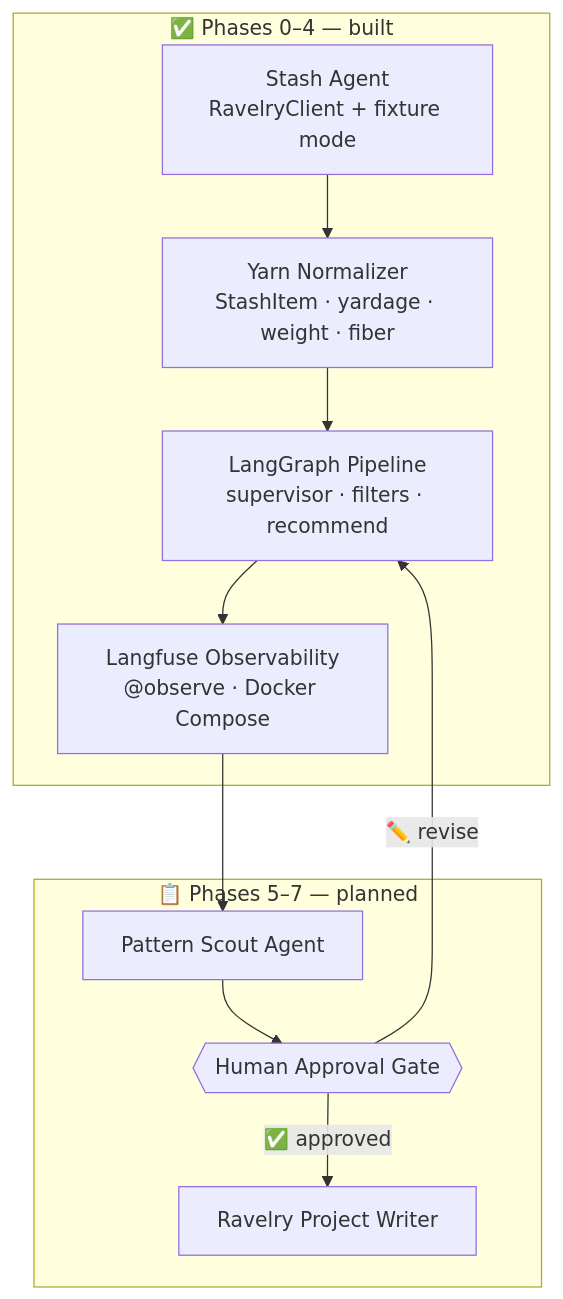
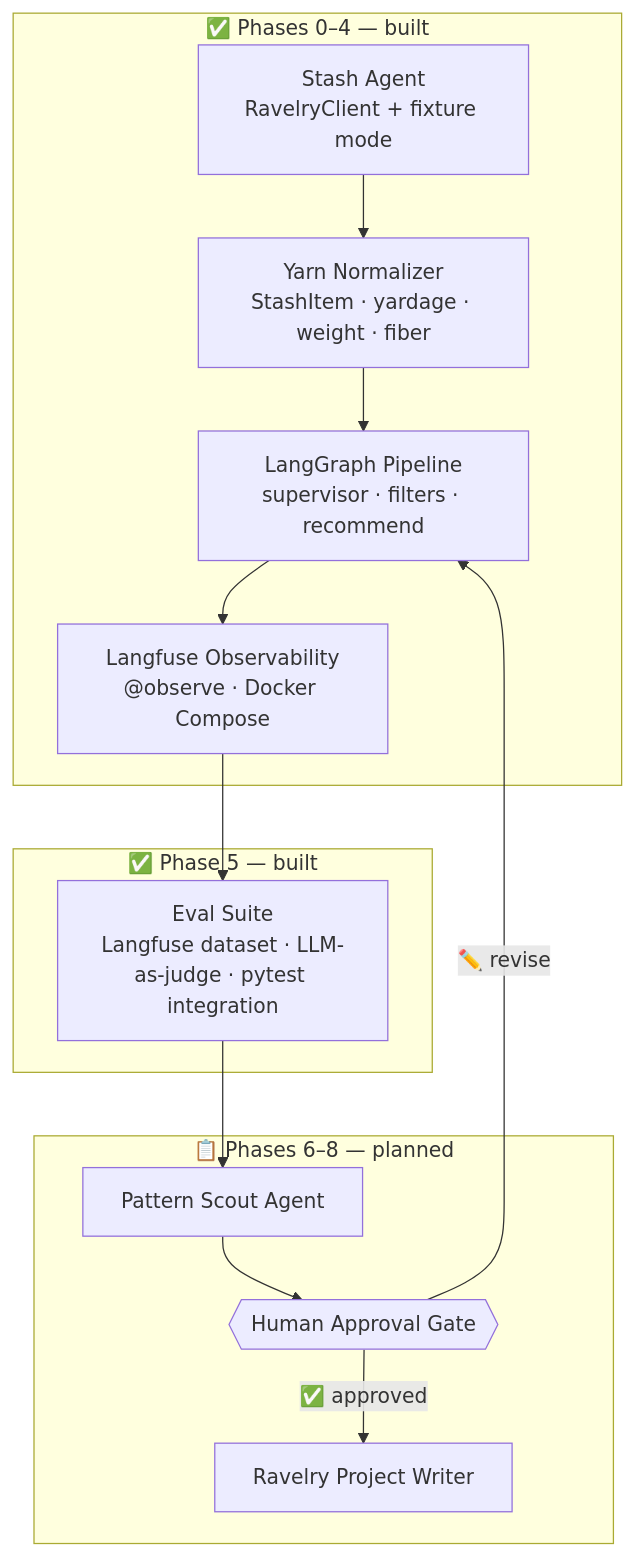
Before and after one commit to ReneeErnst/skein-minder: the second of 2 diagrams in README.md, drawn with Mermaid. The commit also changed other lines of this file and 1 other file, not shown here.

````diff
--- a/README.md
+++ b/README.md
@@ -39,19 +39,23 @@
 ```mermaid
 flowchart TD
     subgraph built ["✅ Phases 0–4 — built"]
         Stash["Stash Agent\nRavelryClient + fixture mode"]
         Norm["Yarn Normalizer\nStashItem · yardage · weight · fiber"]
         Graph["LangGraph Pipeline\nsupervisor · filters · recommend"]
         Obs["Langfuse Observability\n@observe · Docker Compose"]
     end
 
-    subgraph future ["📋 Phases 5–7 — planned"]
+    subgraph built2 ["✅ Phase 5 — built"]
+        Eval["Eval Suite\nLangfuse dataset · LLM-as-judge · pytest integration"]
+    end
+
+    subgraph future ["📋 Phases 6–8 — planned"]
         Pattern["Pattern Scout Agent"]
         Gate{{"Human Approval Gate"}}
         Writer["Ravelry Project Writer"]
     end
 
-    Stash --> Norm --> Graph --> Obs
-    Obs --> Pattern --> Gate -->|"✅ approved"| Writer
+    Stash --> Norm --> Graph --> Obs --> Eval
+    Eval --> Pattern --> Gate -->|"✅ approved"| Writer
     Gate -->|"✏️ revise"| Graph
 ```
````
